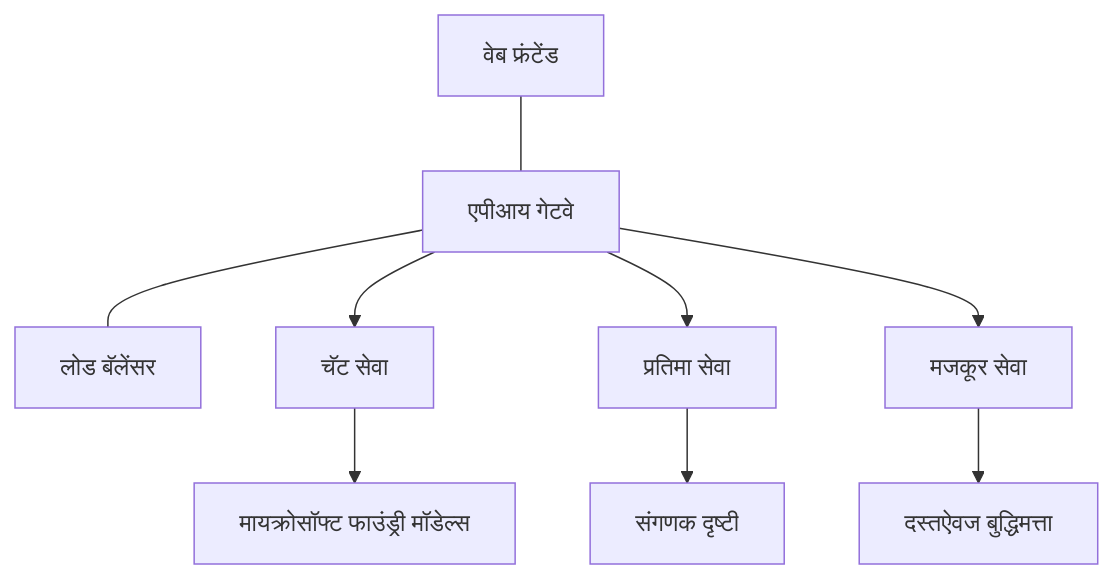
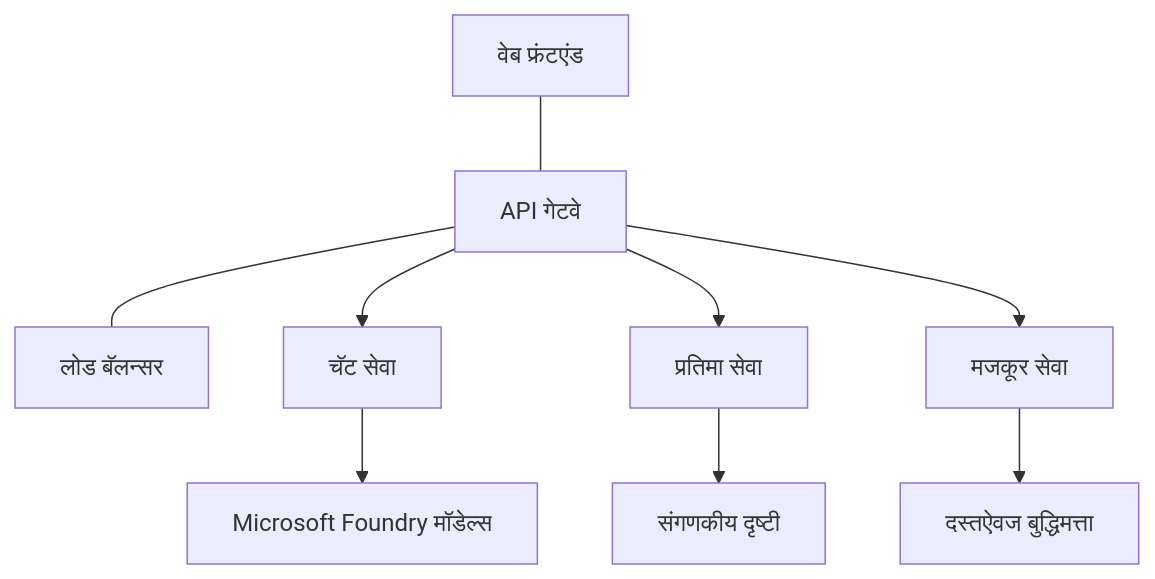
Before and after one commit to microsoft/AZD-for-beginners: the diagram in translations/mr/docs/chapter-08-production/production-ai-practices.md, drawn with Mermaid. The commit also changed other lines of this file and 101 other files, not shown here.

````diff
--- a/translations/mr/docs/chapter-08-production/production-ai-practices.md
+++ b/translations/mr/docs/chapter-08-production/production-ai-practices.md
@@ -30,10 +30,10 @@
 ```mermaid
 graph TD
-    Frontend[वेब फ्रंटेंड] --- Gateway[एपीआय गेटवे] --- LB[लोड बॅलेंसर]
+    Frontend[वेब फ्रंटएंड] --- Gateway[API गेटवे] --- LB[लोड बॅलन्सर]
     Gateway --> Chat[चॅट सेवा]
     Gateway --> Image[प्रतिमा सेवा]
     Gateway --> Text[मजकूर सेवा]
-    Chat --> OpenAI[मायक्रोसॉफ्ट फाउंड्री मॉडेल्स]
-    Image --> Vision[संगणक दृष्टी]
+    Chat --> OpenAI[Microsoft Foundry मॉडेल्स]
+    Image --> Vision[संगणकीय दृष्टी]
     Text --> DocIntel[दस्तऐवज बुद्धिमत्ता]
 ```
````
